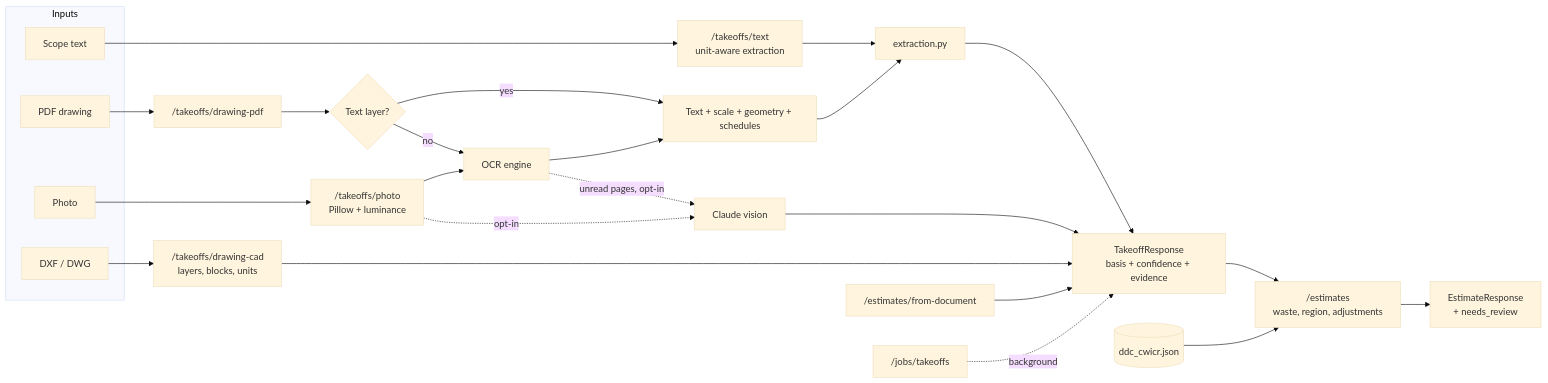
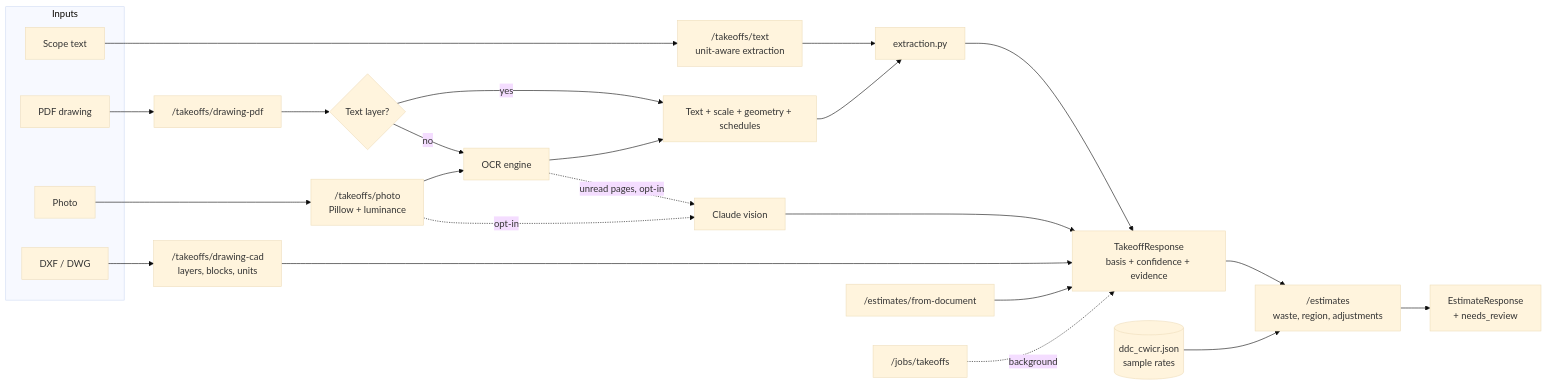
Before and after one commit to hddaghigh/blueprint-takeoff-estimator-api: the diagram in README.md, drawn with Mermaid (base theme). The commit also changed other lines of this file, not shown here.

````diff
--- a/README.md
+++ b/README.md
@@ -48,34 +143,34 @@
 ```mermaid
 flowchart LR
     subgraph Inputs
         T[Scope text]
         P[Photo]
         D[PDF drawing]
         C[DXF / DWG]
     end
 
     T --> A["/takeoffs/text<br/>unit-aware extraction"]
     P --> B["/takeoffs/photo<br/>Pillow + luminance"]
     D --> PDF["/takeoffs/drawing-pdf"]
     C --> CAD["/takeoffs/drawing-cad<br/>layers, blocks, units"]
 
     PDF --> TL{Text layer?}
     TL -- yes --> TXT[Text + scale + geometry + schedules]
     TL -- no --> OCR[OCR engine]
     OCR --> TXT
     B --> OCR
     OCR -. unread pages, opt-in .-> V[Claude vision]
     B -. opt-in .-> V
 
     A --> EX[extraction.py]
     TXT --> EX
     EX --> TK[TakeoffResponse<br/>basis + confidence + evidence]
     V --> TK
     CAD --> TK
 
     TK --> E["/estimates<br/>waste, region, adjustments"]
-    DB[("ddc_cwicr.json")] --> E
+    DB[("ddc_cwicr.json<br/>sample rates")] --> E
     E --> OUT[EstimateResponse<br/>+ needs_review]
     DOC["/estimates/from-document"] --> TK
     JOB["/jobs/takeoffs"] -. background .-> TK
 ```
````
